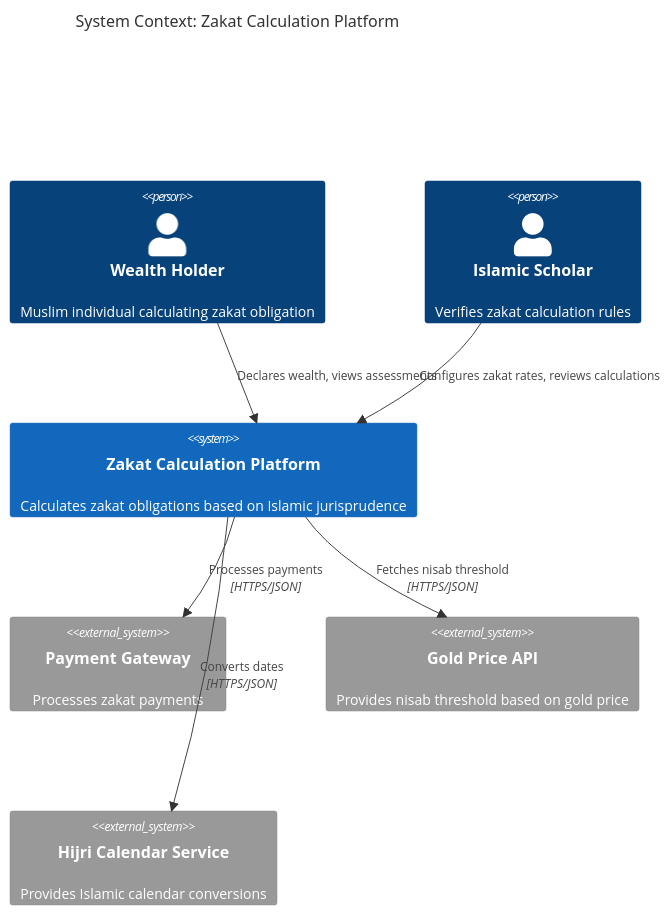
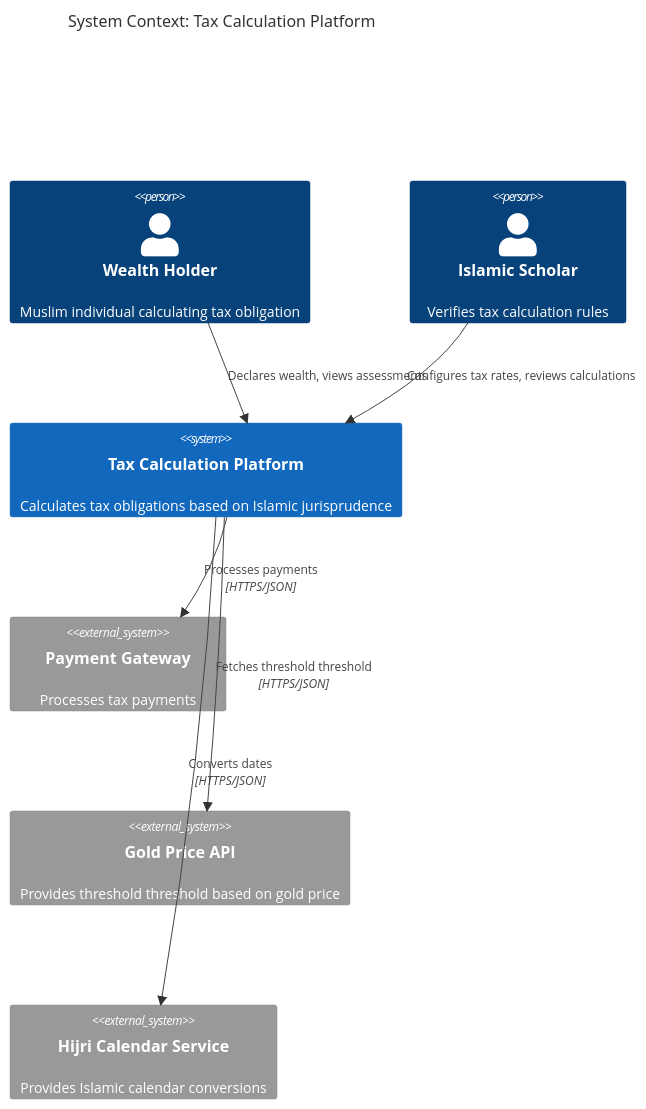
One commit to wahidyankf/open-sharia-enterprise changed the first of 13 diagrams in docs/explanation/software/architecture/domain-driven-design-ddd/ex-so-ar-dodrdedd__17-ddd-and-c4-integration.md. Above: the diagram before and after it, drawn with Mermaid. The commit also changed other lines of this file and 94 other files, not shown here.

````diff
--- a/docs/explanation/software/architecture/domain-driven-design-ddd/ex-so-ar-dodrdedd__17-ddd-and-c4-integration.md
+++ b/docs/explanation/software/architecture/domain-driven-design-ddd/ex-so-ar-dodrdedd__17-ddd-and-c4-integration.md
@@ -46,19 +46,19 @@
 ```mermaid
 C4Context
-    title System Context: Zakat Calculation Platform
+    title System Context: Tax Calculation Platform
 
-    Person(wealthHolder, "Wealth Holder", "Muslim individual calculating zakat obligation")
-    Person(scholar, "Islamic Scholar", "Verifies zakat calculation rules")
+    Person(wealthHolder, "Wealth Holder", "Muslim individual calculating tax obligation")
+    Person(scholar, "Islamic Scholar", "Verifies tax calculation rules")
 
-    System(zakatPlatform, "Zakat Calculation Platform", "Calculates zakat obligations based on Islamic jurisprudence")
+    System(taxPlatform, "Tax Calculation Platform", "Calculates tax obligations based on Islamic jurisprudence")
 
-    System_Ext(paymentGateway, "Payment Gateway", "Processes zakat payments")
-    System_Ext(goldPriceAPI, "Gold Price API", "Provides nisab threshold based on gold price")
+    System_Ext(paymentGateway, "Payment Gateway", "Processes tax payments")
+    System_Ext(goldPriceAPI, "Gold Price API", "Provides threshold threshold based on gold price")
     System_Ext(hijriCalendar, "Hijri Calendar Service", "Provides Islamic calendar conversions")
 
-    Rel(wealthHolder, zakatPlatform, "Declares wealth, views assessments")
-    Rel(scholar, zakatPlatform, "Configures zakat rates, reviews calculations")
-    Rel(zakatPlatform, paymentGateway, "Processes payments", "HTTPS/JSON")
-    Rel(zakatPlatform, goldPriceAPI, "Fetches nisab threshold", "HTTPS/JSON")
-    Rel(zakatPlatform, hijriCalendar, "Converts dates", "HTTPS/JSON")
+    Rel(wealthHolder, taxPlatform, "Declares wealth, views assessments")
+    Rel(scholar, taxPlatform, "Configures tax rates, reviews calculations")
+    Rel(taxPlatform, paymentGateway, "Processes payments", "HTTPS/JSON")
+    Rel(taxPlatform, goldPriceAPI, "Fetches threshold threshold", "HTTPS/JSON")
+    Rel(taxPlatform, hijriCalendar, "Converts dates", "HTTPS/JSON")
 ```
````
